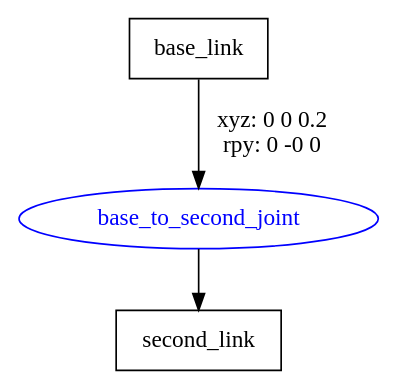
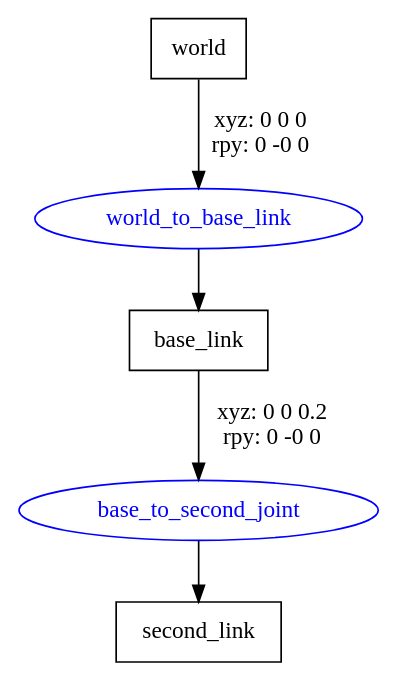
The diagram in nodes/simple_urdf/urdf/simple_example.gv (ProfJust/rtc), drawn with Graphviz before and after one commit. The commit also changed 14 other files, not shown here.

```diff
--- a/nodes/simple_urdf/urdf/simple_example.gv
+++ b/nodes/simple_urdf/urdf/simple_example.gv
@@ -1,8 +1,11 @@
 digraph G {
 node [shape=box];
+"world" [label="world"];
 "base_link" [label="base_link"];
 "second_link" [label="second_link"];
 node [shape=ellipse, color=blue, fontcolor=blue];
+"world" -> "world_to_base_link" [label="xyz: 0 0 0 \nrpy: 0 -0 0"]
+"world_to_base_link" -> "base_link"
 "base_link" -> "base_to_second_joint" [label="xyz: 0 0 0.2 \nrpy: 0 -0 0"]
 "base_to_second_joint" -> "second_link"
 }
```
